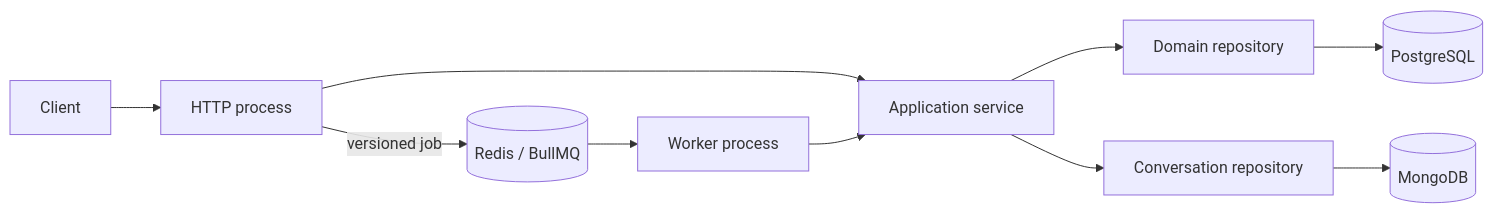
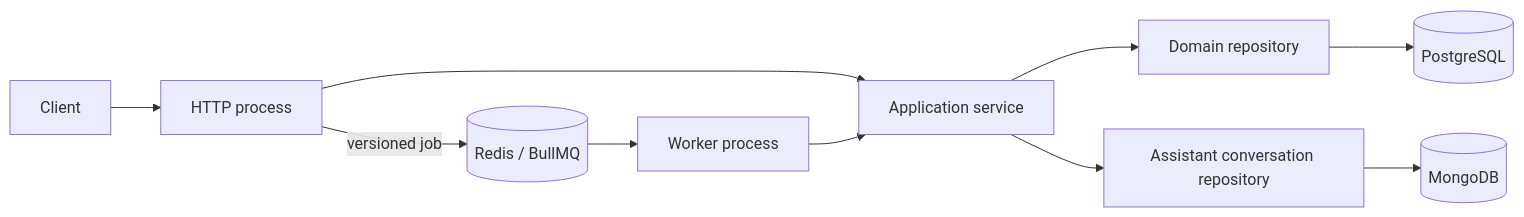
One commit to johnakisk0700/slopform changed the diagram in docs/backend.md. Above: the diagram before and after it, drawn with Mermaid. The commit also changed other lines of this file and 115 other files, not shown here.

````diff
--- a/docs/backend.md
+++ b/docs/backend.md
@@ -37,12 +38,12 @@
 ```mermaid
 flowchart LR
   Client["Client"] --> HTTP["HTTP process"]
   HTTP --> Service["Application service"]
   Service --> Repository["Domain repository"]
   Repository --> PostgreSQL[(PostgreSQL)]
-  Service --> ConversationRepository["Conversation repository"]
-  ConversationRepository --> MongoDB[(MongoDB)]
+  Service --> AssistantRepository["Assistant conversation repository"]
+  AssistantRepository --> MongoDB[(MongoDB)]
   HTTP -->|"versioned job"| Redis[(Redis / BullMQ)]
   Redis --> Worker["Worker process"]
   Worker --> Service
 ```
````
